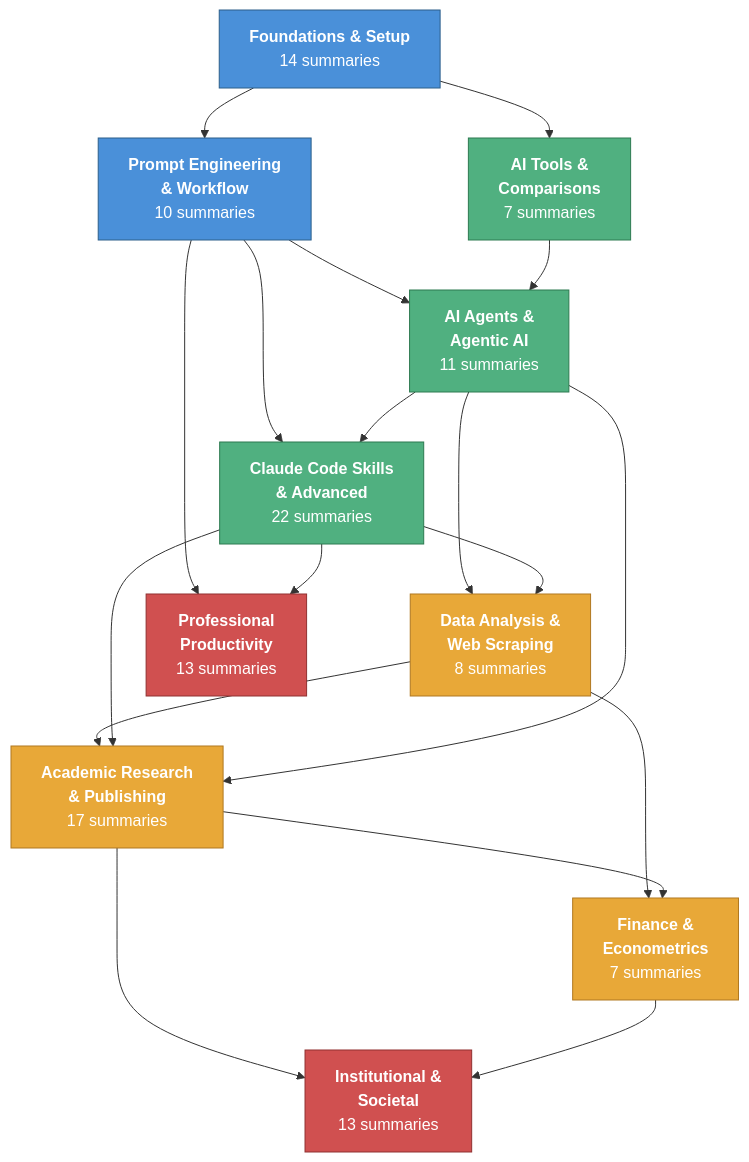
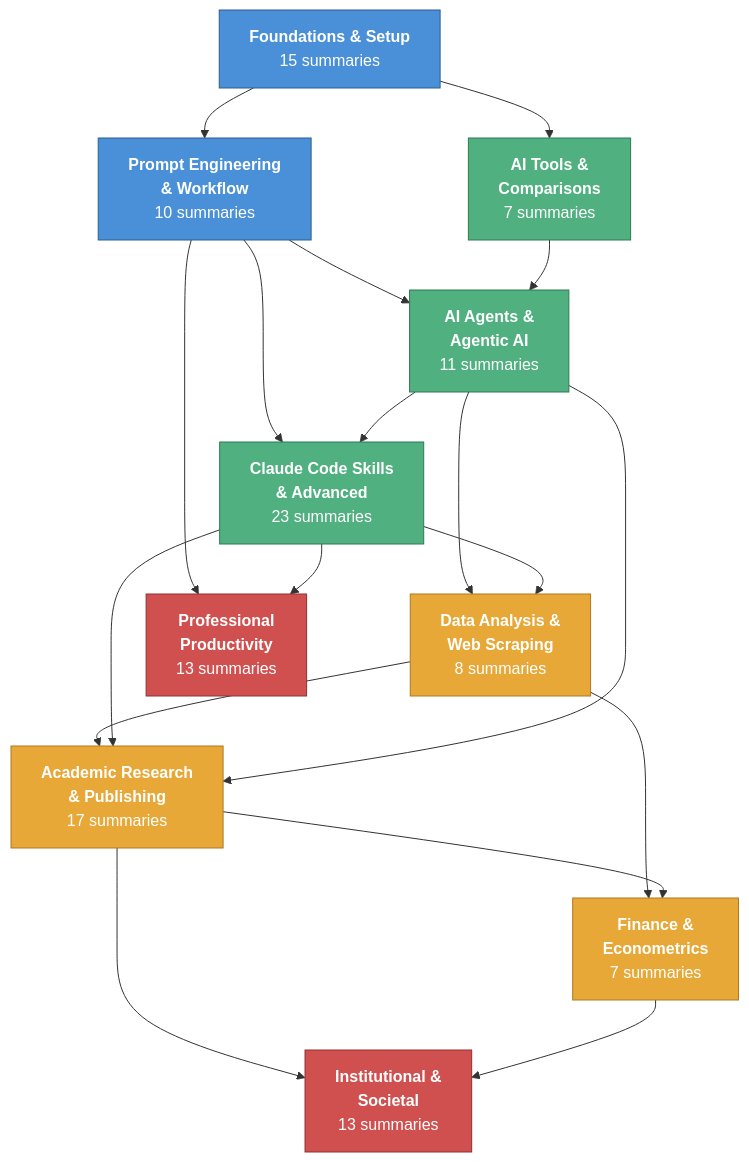
Before and after one commit to velikov-mihail/ai-econ-wiki: the diagram in wiki/visualizations/category-map.md, drawn with Mermaid. The commit also changed 4 other files, not shown here.

````diff
--- a/wiki/visualizations/category-map.md
+++ b/wiki/visualizations/category-map.md
@@ -11,49 +11,49 @@
 ```mermaid
 graph TD
-    FS["<b>Foundations & Setup</b><br/>14 summaries"]
+    FS["<b>Foundations & Setup</b><br/>15 summaries"]
     PE["<b>Prompt Engineering<br/>& Workflow</b><br/>10 summaries"]
     AG["<b>AI Agents &<br/>Agentic AI</b><br/>11 summaries"]
-    CS["<b>Claude Code Skills<br/>& Advanced</b><br/>22 summaries"]
+    CS["<b>Claude Code Skills<br/>& Advanced</b><br/>23 summaries"]
     DA["<b>Data Analysis &<br/>Web Scraping</b><br/>8 summaries"]
     AR["<b>Academic Research<br/>& Publishing</b><br/>17 summaries"]
     FE["<b>Finance &<br/>Econometrics</b><br/>7 summaries"]
     AT["<b>AI Tools &<br/>Comparisons</b><br/>7 summaries"]
     IS["<b>Institutional &<br/>Societal</b><br/>13 summaries"]
     PP["<b>Professional<br/>Productivity</b><br/>13 summaries"]
 
     %% Foundational layer
     FS --> PE
     FS --> AT
     PE --> AG
     PE --> CS
 
     %% Technical layer
     AG --> CS
     AG --> DA
     CS --> DA
     AT --> AG
 
     %% Applied layer
     DA --> AR
     DA --> FE
     AR --> FE
     CS --> AR
     AG --> AR
 
     %% Productivity & big picture
     PE --> PP
     CS --> PP
     AR --> IS
     FE --> IS
 
     %% Styling
     classDef foundation fill:#4a90d9,stroke:#2c5f8a,color:#fff
     classDef technical fill:#50b080,stroke:#2d7a50,color:#fff
     classDef applied fill:#e8a838,stroke:#b07820,color:#fff
     classDef bigpicture fill:#d05050,stroke:#903030,color:#fff
 
     class FS,PE foundation
     class AG,CS,AT technical
     class DA,AR,FE applied
     class IS,PP bigpicture
 ```
````
